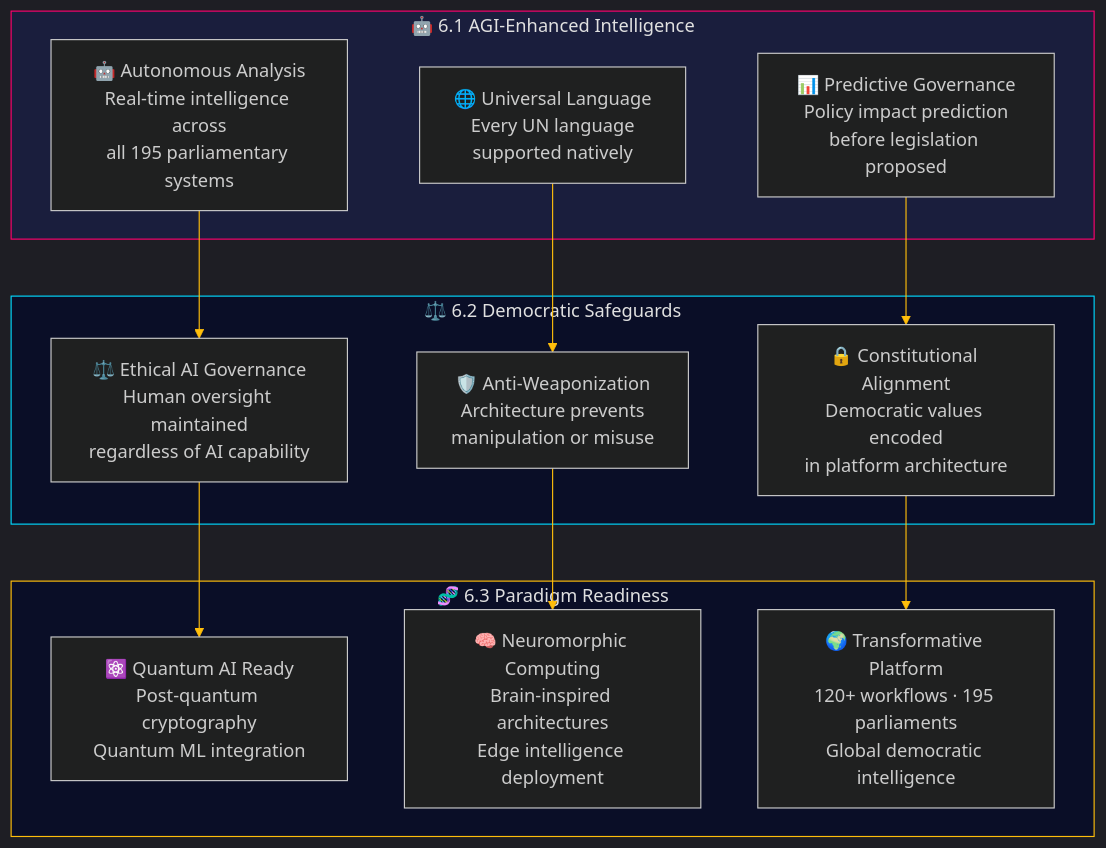
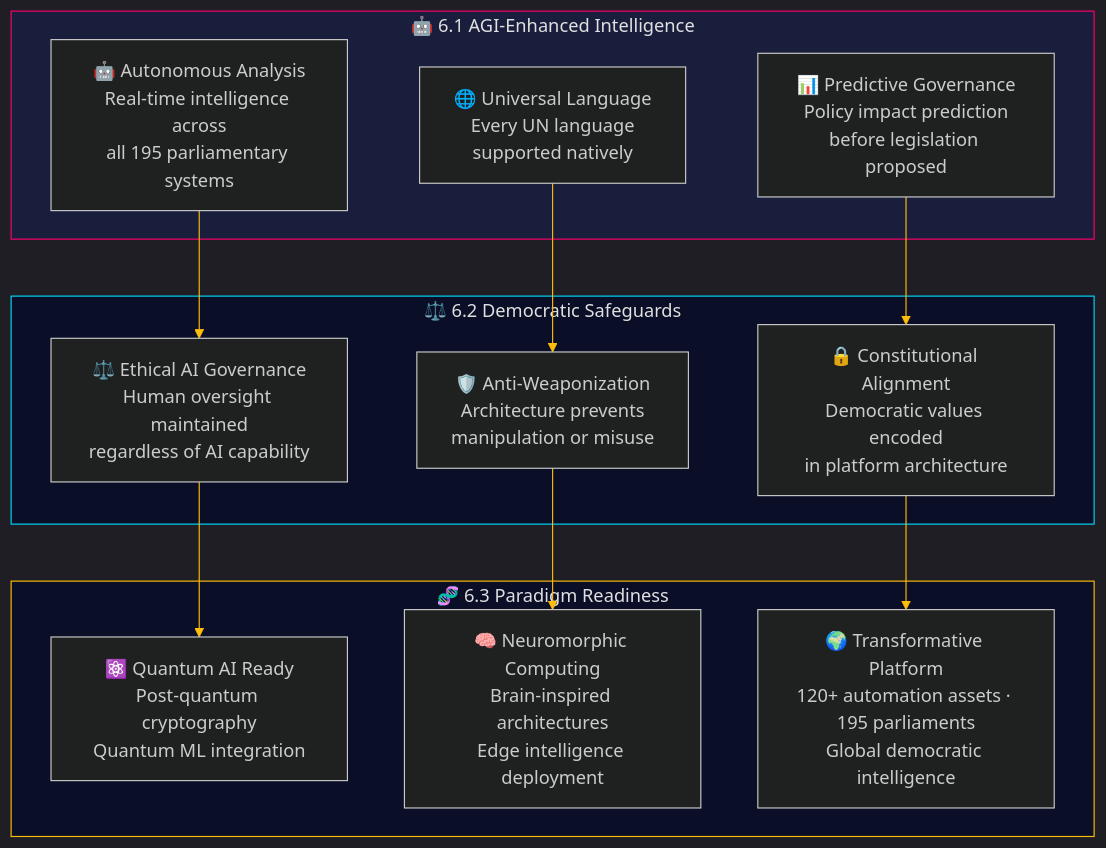
One commit to Hack23/riksdagsmonitor changed the fifth of 6 diagrams in README.md. Above: the diagram before and after it, drawn with Mermaid. The commit also changed other lines of this file, not shown here.

Commit message:
Standardize "automation assets" terminology in Phase 5-6 timeline and Mermaid diagrams

````diff
--- a/README.md
+++ b/README.md
@@ -857,28 +857,28 @@
 ```mermaid
 %%{init: {'theme': 'dark', 'themeVariables': {'primaryColor': '#ff006e', 'primaryTextColor': '#e0e0e0', 'primaryBorderColor': '#00d9ff', 'lineColor': '#ffbe0b', 'secondaryColor': '#1a1e3d', 'tertiaryColor': '#0a0e27'}}}%%
 graph TB
     subgraph SGAGI["🤖 6.1 AGI-Enhanced Intelligence"]
         style SGAGI fill:#1a1e3d,stroke:#ff006e,color:#e0e0e0
         AGI1["🤖 Autonomous Analysis<br/>Real-time intelligence across<br/>all 195 parliamentary systems"]
         AGI2["🌐 Universal Language<br/>Every UN language<br/>supported natively"]
         AGI3["📊 Predictive Governance<br/>Policy impact prediction<br/>before legislation proposed"]
     end
     subgraph SGSAFE["⚖️ 6.2 Democratic Safeguards"]
         style SGSAFE fill:#0a0e27,stroke:#00d9ff,color:#e0e0e0
         SAFE1["⚖️ Ethical AI Governance<br/>Human oversight maintained<br/>regardless of AI capability"]
         SAFE2["🛡️ Anti-Weaponization<br/>Architecture prevents<br/>manipulation or misuse"]
         SAFE3["🔒 Constitutional Alignment<br/>Democratic values encoded<br/>in platform architecture"]
     end
     subgraph SGPARA["🧬 6.3 Paradigm Readiness"]
         style SGPARA fill:#0a0e27,stroke:#ffbe0b,color:#e0e0e0
         PARA1["⚛️ Quantum AI Ready<br/>Post-quantum cryptography<br/>Quantum ML integration"]
         PARA2["🧠 Neuromorphic Computing<br/>Brain-inspired architectures<br/>Edge intelligence deployment"]
-        PARA3["🌍 Transformative Platform<br/>120+ workflows · 195 parliaments<br/>Global democratic intelligence"]
+        PARA3["🌍 Transformative Platform<br/>120+ automation assets · 195 parliaments<br/>Global democratic intelligence"]
     end
     AGI1 --> SAFE1
     AGI2 --> SAFE2
     AGI3 --> SAFE3
     SAFE1 --> PARA1
     SAFE2 --> PARA2
     SAFE3 --> PARA3
 ```
````
